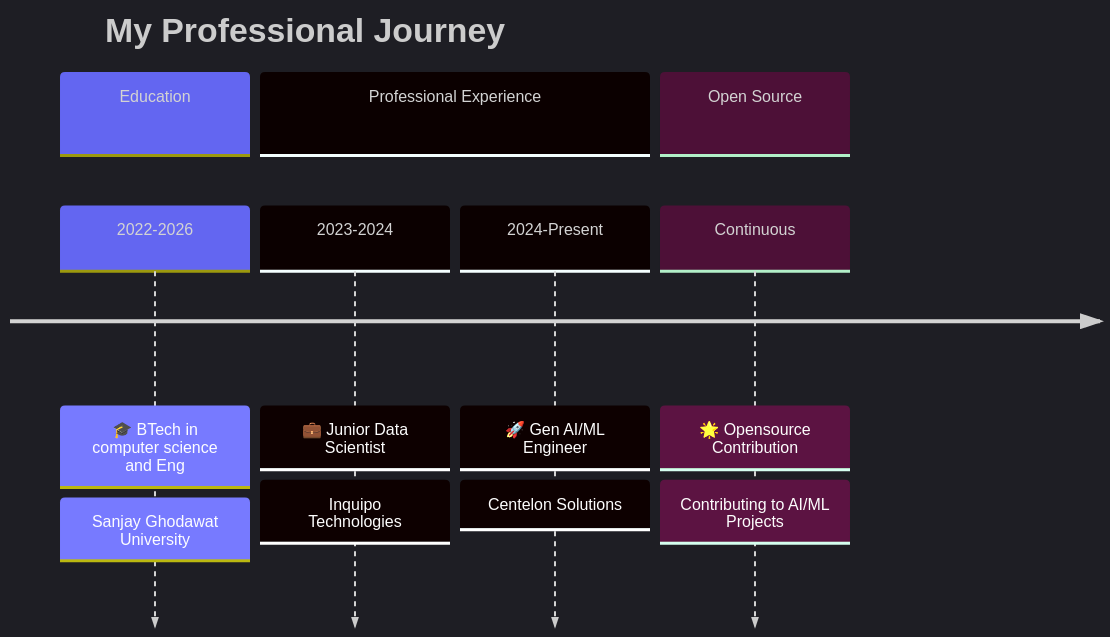
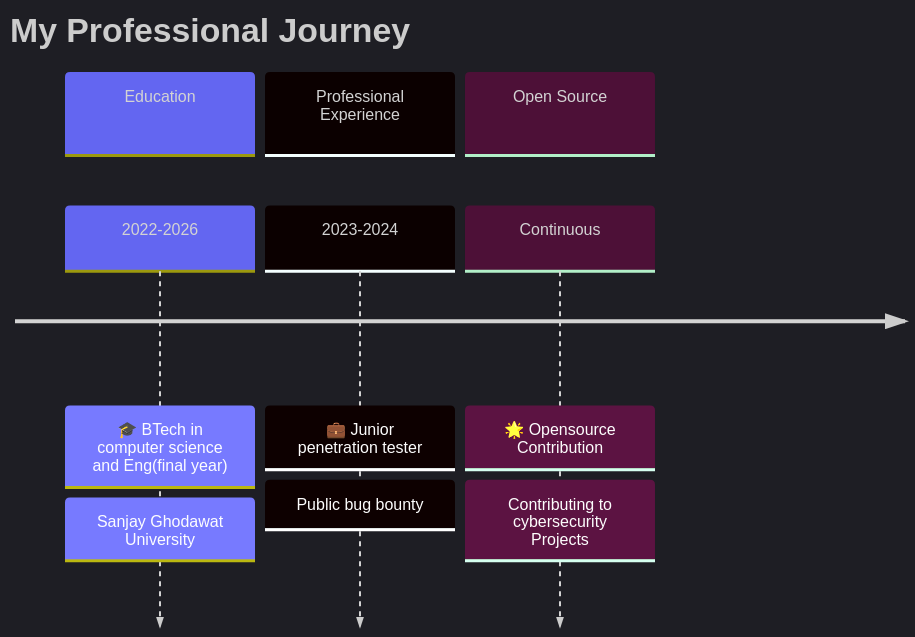
The diagram in README.md (veetaragpatil/veetaragpatil), drawn with Mermaid before and after one commit. The commit also changed other lines of this file, not shown here.

````diff
--- a/README.md
+++ b/README.md
@@ -45,16 +45,14 @@
 ```mermaid
 %%{init: {'theme':'dark', 'themeVariables': {'primaryColor':'#6366F1','primaryTextColor':'#fff','primaryBorderColor':'#818CF8','lineColor':'#A5B4FC','secondaryColor':'#4F46E5','tertiaryColor':'#312E81'}}}%%
 timeline
     title My Professional Journey
     section Education
-        2022-2026 : 🎓 BTech in computer science and Eng
+        2022-2026 : 🎓 BTech in computer science and Eng(final year)
                   : Sanjay Ghodawat University
     section Professional Experience
-        2023-2024 : 💼 Junior Data Scientist
-                  : Inquipo Technologies
-        2024-Present : 🚀 Gen AI/ML Engineer
-                     : Centelon Solutions
+        2023-2024 : 💼 Junior penetration tester
+                  : Public bug bounty
     section Open Source
         Continuous : 🌟 Opensource Contribution
-             : Contributing to AI/ML Projects
+             : Contributing to cybersecurity Projects
 ```
````
